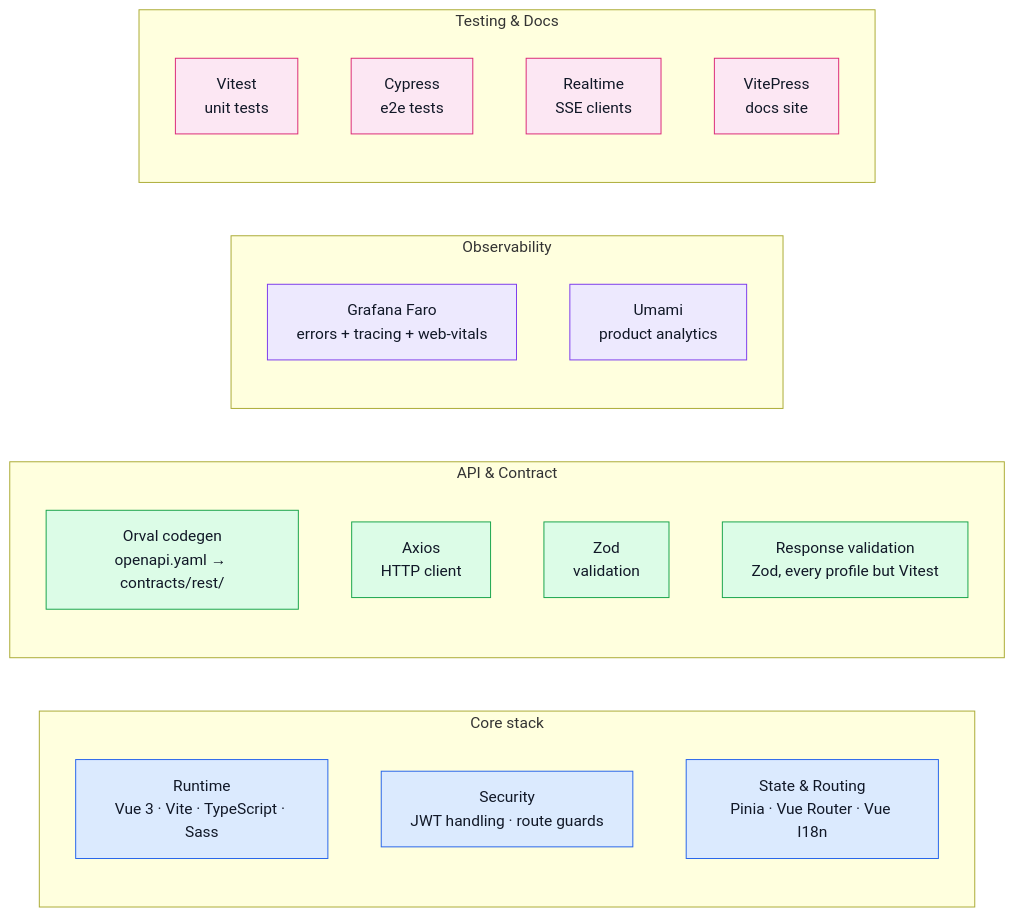
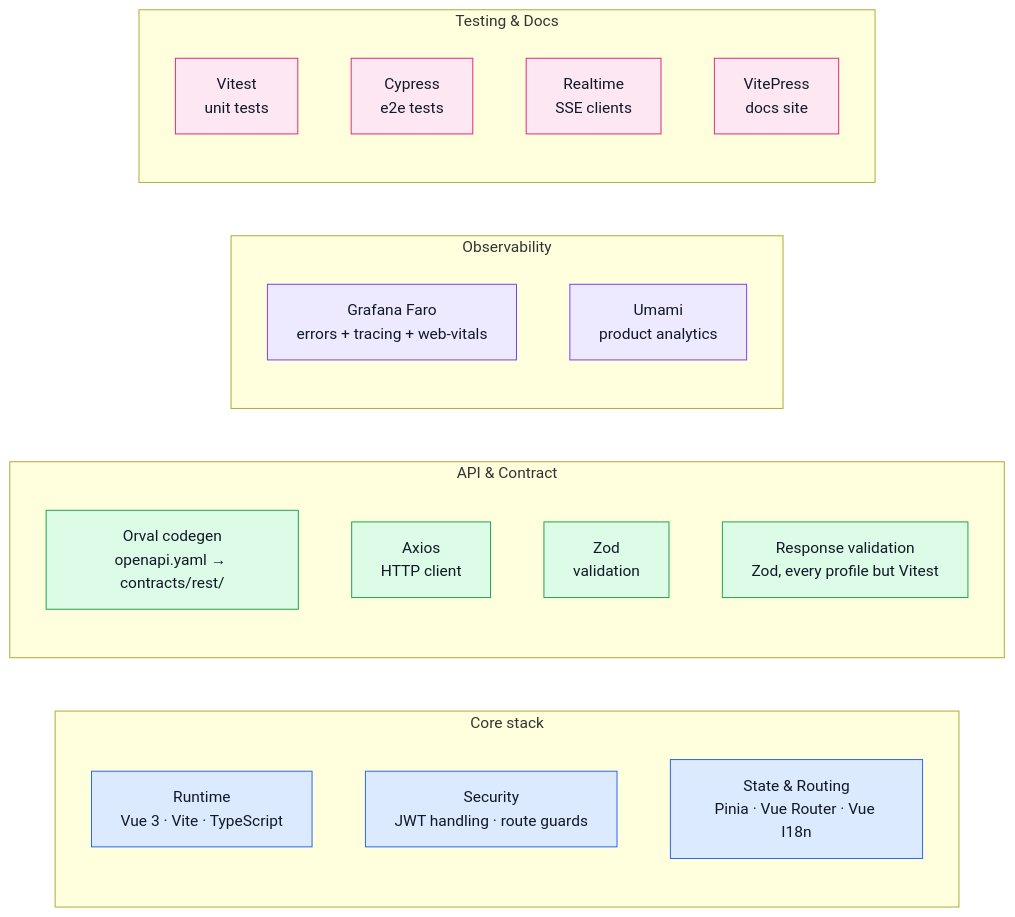
Before and after one commit to Guebbit/boilerplate-vue-frontend: the diagram in docs/tools/index.md, drawn with Mermaid. The commit also changed other lines of this file and 38 other files, not shown here.

````diff
--- a/docs/tools/index.md
+++ b/docs/tools/index.md
@@ -9,37 +9,37 @@
 ```mermaid
 %%{init: {'flowchart': {'nodeSpacing': 55, 'rankSpacing': 75}}}%%
 flowchart LR
     subgraph Core["Core stack"]
-        Runtime[Runtime\nVue 3 · Vite · TypeScript · Sass]
+        Runtime[Runtime\nVue 3 · Vite · TypeScript]
         Security[Security\nJWT handling · route guards]
         StateRouting[State & Routing\nPinia · Vue Router · Vue I18n]
     end
 
     subgraph API["API & Contract"]
         Orval[Orval codegen\nopenapi.yaml → contracts/rest/]
         Axios[Axios\nHTTP client]
         Zod[Zod\nvalidation]
         Validate[Response validation\nZod, every profile but Vitest]
     end
 
     subgraph Obs["Observability"]
         Faro[Grafana Faro\nerrors + tracing + web-vitals]
         Umami[Umami\nproduct analytics]
     end
 
     subgraph Testing["Testing & Docs"]
         Vitest[Vitest\nunit tests]
         Cypress[Cypress\ne2e tests]
         Realtime[Realtime\nSSE clients]
         VitePress[VitePress\ndocs site]
     end
 
     classDef core fill:#dbeafe,stroke:#2563eb,color:#111827;
     classDef api fill:#dcfce7,stroke:#16a34a,color:#111827;
     classDef obs fill:#ede9fe,stroke:#7c3aed,color:#111827;
     classDef test fill:#fce7f3,stroke:#db2777,color:#111827;
     class Runtime,Security,StateRouting core;
     class Orval,Axios,Zod,Validate api;
     class Faro,Umami obs;
     class Vitest,Cypress,Realtime,VitePress test;
 ```
````
